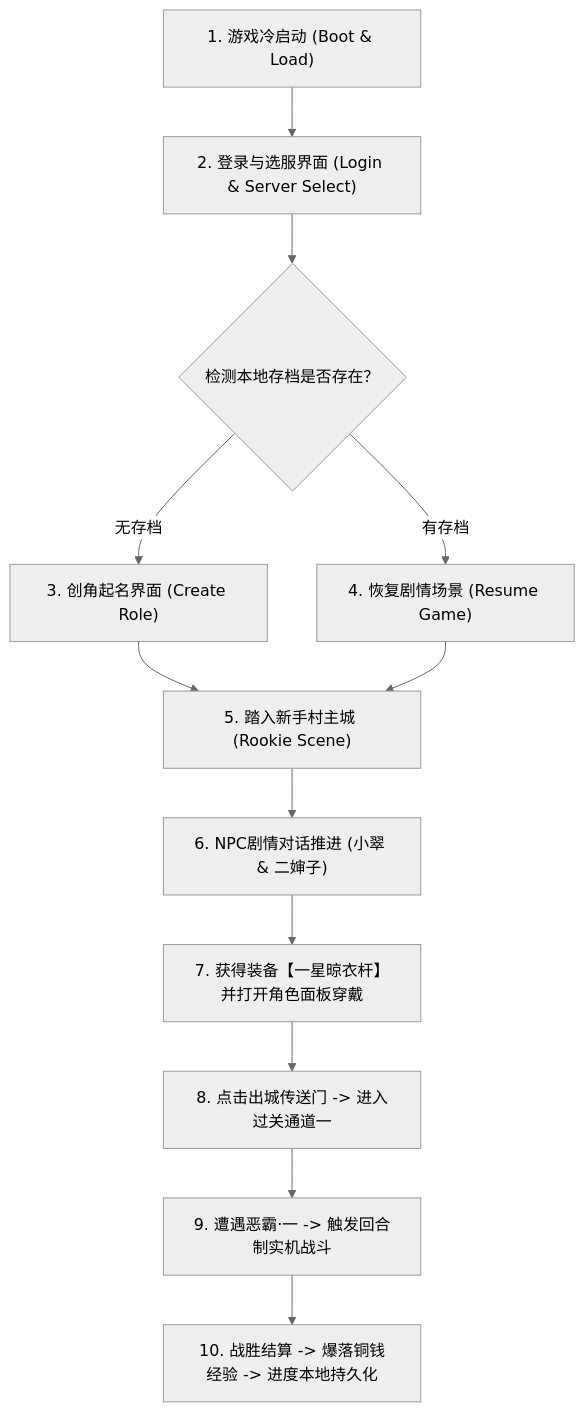
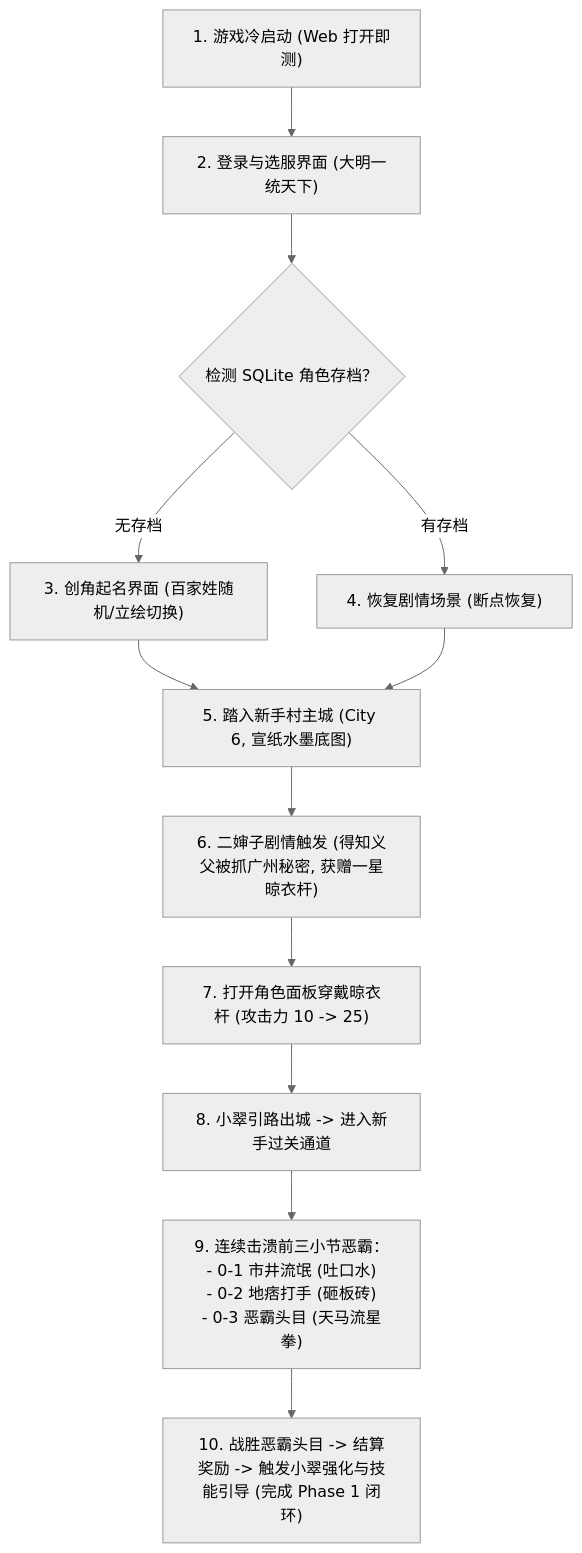
One commit to caoyek/damingfushengji_h5 changed the diagram in docs/phase1_playable_development_plan.md. Above: the diagram before and after it, drawn with Mermaid (neutral theme). The commit also changed other lines of this file and 3 other files, not shown here.

````diff
--- a/docs/phase1_playable_development_plan.md
+++ b/docs/phase1_playable_development_plan.md
@@ -44,14 +51,14 @@
 ```mermaid
 flowchart TD
-    A["1. 游戏冷启动 (Boot & Load)"] --> B["2. 登录与选服界面 (Login & Server Select)"]
-    B --> C{"检测本地存档是否存在？"}
-    C -- "无存档" --> D["3. 创角起名界面 (Create Role)"]
-    C -- "有存档" --> E["4. 恢复剧情场景 (Resume Game)"]
-    D --> F["5. 踏入新手村主城 (Rookie Scene)"]
+    A["1. 游戏冷启动 (Web 打开即测)"] --> B["2. 登录与选服界面 (大明一统天下)"]
+    B --> C{"检测 SQLite 角色存档？"}
+    C -- "无存档" --> D["3. 创角起名界面 (百家姓随机/立绘切换)"]
+    C -- "有存档" --> E["4. 恢复剧情场景 (断点恢复)"]
+    D --> F["5. 踏入新手村主城 (City 6, 宣纸水墨底图)"]
     E --> F
-    F --> G["6. NPC剧情对话推进 (小翠 & 二婶子)"]
-    G --> H["7. 获得装备【一星晾衣杆】并打开角色面板穿戴"]
-    H --> I["8. 点击出城传送门 -> 进入过关通道一"]
-    I --> J["9. 遭遇恶霸·一 -> 触发回合制实机战斗"]
-    J --> K["10. 战胜结算 -> 爆落铜钱经验 -> 进度本地持久化"]
+    F --> G["6. 二婶子剧情触发 (得知义父被抓广州秘密, 获赠一星晾衣杆)"]
+    G --> H["7. 打开角色面板穿戴晾衣杆 (攻击力 10 -> 25)"]
+    H --> I["8. 小翠引路出城 -> 进入新手过关通道"]
+    I --> J["9. 连续击溃前三小节恶霸：\n- 0-1 市井流氓 (吐口水)\n- 0-2 地痞打手 (砸板砖)\n- 0-3 恶霸头目 (天马流星拳)"]
+    J --> K["10. 战胜恶霸头目 -> 结算奖励 -> 触发小翠强化与技能引导 (完成 Phase 1 闭环)"]
 ```
````
